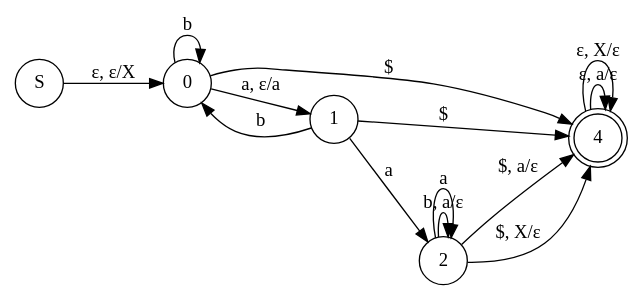
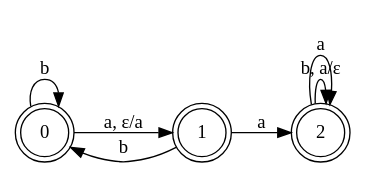
One commit to yoiviq/tfl changed the diagram in rk2/dpda.dot. Above: the diagram before and after it, drawn with Graphviz. The commit also changed 2 other files, not shown here.

```diff
--- a/rk2/dpda.dot
+++ b/rk2/dpda.dot
@@ -1,23 +1,16 @@
 digraph DPDA {
   rankdir=LR;
-  node [shape=doublecircle]; 4;
+  node [shape=doublecircle]; 0; 1; 2;
   node [shape=circle];
-  S -> 0 [label="ε, ε/X"]
 
   0 -> 1 [label="a, ε/a"]
   0 -> 0 [label="b"]
 
   1 -> 0 [label="b"]
   1 -> 2 [label="a"]
 
   2 -> 2 [label= "b, a/ε"]
   2 -> 2 [label="a"]
 
-  2 -> 4 [label="$, a/ε"]
-  4 -> 4 [label="ε, a/ε"]
-  2 -> 4 [label="$, X/ε"]
-  4 -> 4 [label="ε, X/ε"]
 
-  1 -> 4 [label="$"]
-  0 -> 4 [label="$"]
 }
```
